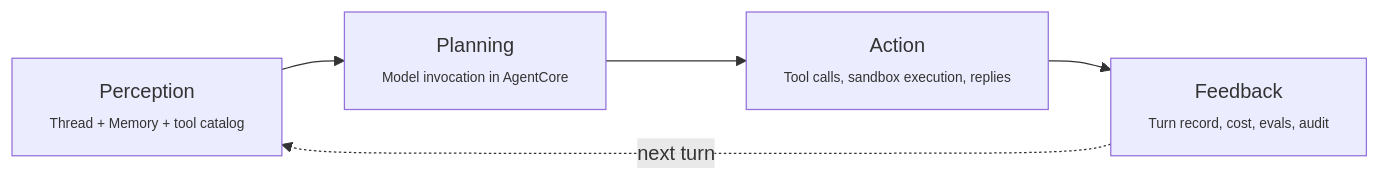
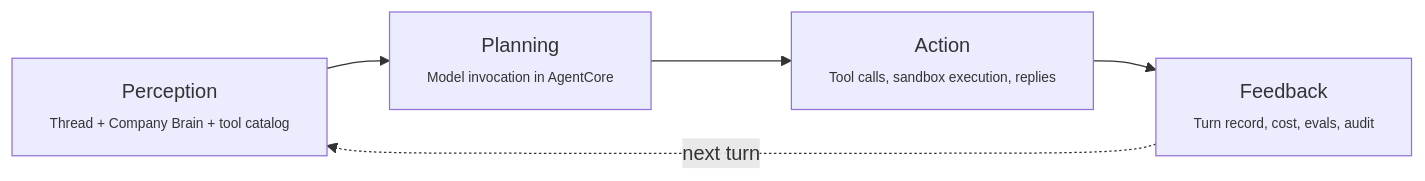
The diagram in docs/src/content/docs/architecture.mdx (thinkwork-ai/thinkwork), drawn with Mermaid before and after one commit. The commit also changed other lines of this file and 45 other files, not shown here.

First line of the commit message:
refactor: rename Company Brain surfaces

````diff
--- a/docs/src/content/docs/architecture.mdx
+++ b/docs/src/content/docs/architecture.mdx
@@ -30,7 +30,7 @@
 ```mermaid
 flowchart LR
-  P[Perception<br/><span style="font-size:11px">Thread + Memory + tool catalog</span>] --> Pl[Planning<br/><span style="font-size:11px">Model invocation in AgentCore</span>]
+  P[Perception<br/><span style="font-size:11px">Thread + Company Brain + tool catalog</span>] --> Pl[Planning<br/><span style="font-size:11px">Model invocation in AgentCore</span>]
   Pl --> A[Action<br/><span style="font-size:11px">Tool calls, sandbox execution, replies</span>]
   A --> F[Feedback<br/><span style="font-size:11px">Turn record, cost, evals, audit</span>]
   F -.->|next turn| P
 ```
````
